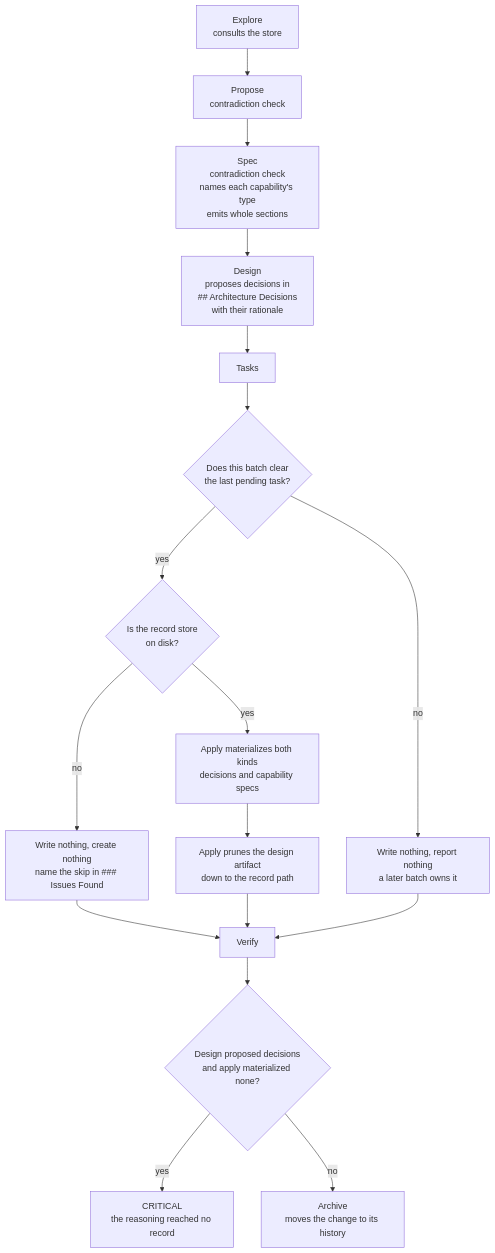
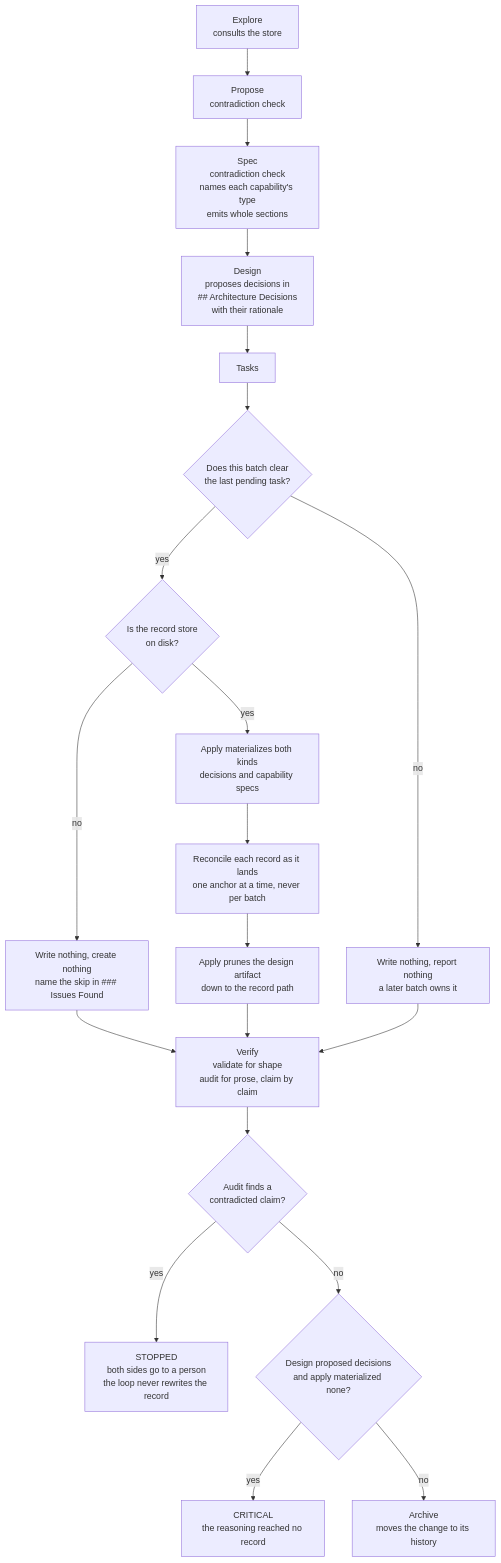
The second of 3 diagrams in docs/openrecord.md (franwerner/gentle-ai), drawn with Mermaid before and after one commit. The commit also changed other lines of this file and 3 other files, not shown here.

First line of the commit message:
feat(openrecord): wire audit and reconcile into the SDD phases

````diff
--- a/docs/openrecord.md
+++ b/docs/openrecord.md
@@ -37,19 +39,22 @@
 ```mermaid
 flowchart TD
     A["Explore<br/>consults the store"] --> B["Propose<br/>contradiction check"]
     B --> C["Spec<br/>contradiction check<br/>names each capability's type<br/>emits whole sections"]
     C --> D["Design<br/>proposes decisions in<br/>## Architecture Decisions<br/>with their rationale"]
     D --> E["Tasks"]
     E --> F{"Does this batch clear<br/>the last pending task?"}
     F -->|"no"| G["Write nothing, report nothing<br/>a later batch owns it"]
     F -->|"yes"| H{"Is the record store<br/>on disk?"}
     H -->|"no"| I["Write nothing, create nothing<br/>name the skip in ### Issues Found"]
     H -->|"yes"| J["Apply materializes both kinds<br/>decisions and capability specs"]
-    J --> K["Apply prunes the design artifact<br/>down to the record path"]
-    I --> L["Verify"]
+    J --> R["Reconcile each record as it lands<br/>one anchor at a time, never per batch"]
+    R --> K["Apply prunes the design artifact<br/>down to the record path"]
+    I --> L["Verify<br/>validate for shape<br/>audit for prose, claim by claim"]
     K --> L
     G --> L
-    L --> M{"Design proposed decisions<br/>and apply materialized none?"}
+    L --> V{"Audit finds a<br/>contradicted claim?"}
+    V -->|"yes"| W["STOPPED<br/>both sides go to a person<br/>the loop never rewrites the record"]
+    V -->|"no"| M{"Design proposed decisions<br/>and apply materialized none?"}
     M -->|"yes"| N["CRITICAL<br/>the reasoning reached no record"]
     M -->|"no"| O["Archive<br/>moves the change to its history"]
 ```
````
